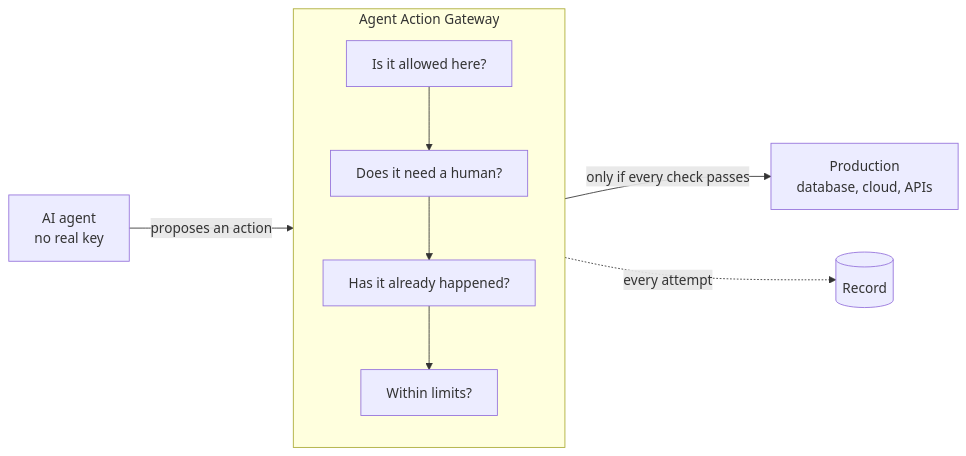
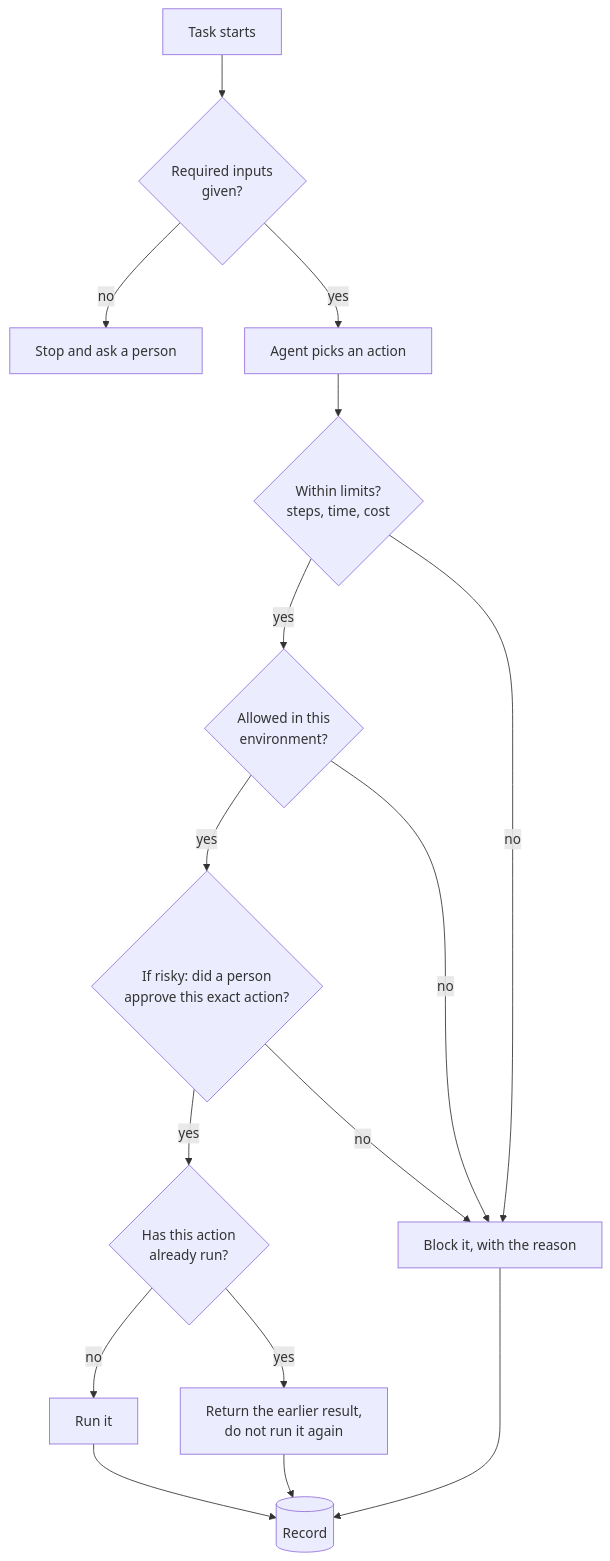
The diagram in README.md (GreyyDaze/agent-action-gateway), drawn with Mermaid before and after one commit. The commit also changed other lines of this file and 12 other files, not shown here.

````diff
--- a/README.md
+++ b/README.md
@@ -39,12 +27,18 @@
 ```mermaid
-flowchart LR
-    A[AI agent<br/>no real key] -->|proposes an action| G
-    subgraph G[Agent Action Gateway]
-        direction TB
-        C1[Is it allowed here?] --> C2[Does it need a human?]
-        C2 --> C3[Has it already happened?]
-        C3 --> C4[Within limits?]
-    end
-    G -->|only if every check passes| P[Production<br/>database, cloud, APIs]
-    G -.->|every attempt| R[(Record)]
+flowchart TD
+    T[Task starts] --> I{"Required inputs<br/>given?"}
+    I -->|no| Q[Stop and ask a person]
+    I -->|yes| A[Agent picks an action]
+    A --> L{"Within limits?<br/>steps, time, cost"}
+    L -->|yes| E{"Allowed in this<br/>environment?"}
+    E -->|yes| P{"If risky: did a person<br/>approve this exact action?"}
+    P -->|yes| O{"Has this action<br/>already run?"}
+    O -->|no| R[Run it]
+    O -->|yes| D[Return the earlier result,<br/>do not run it again]
+    L -->|no| B[Block it, with the reason]
+    E -->|no| B
+    P -->|no| B
+    R --> REC[(Record)]
+    D --> REC
+    B --> REC
 ```
````
